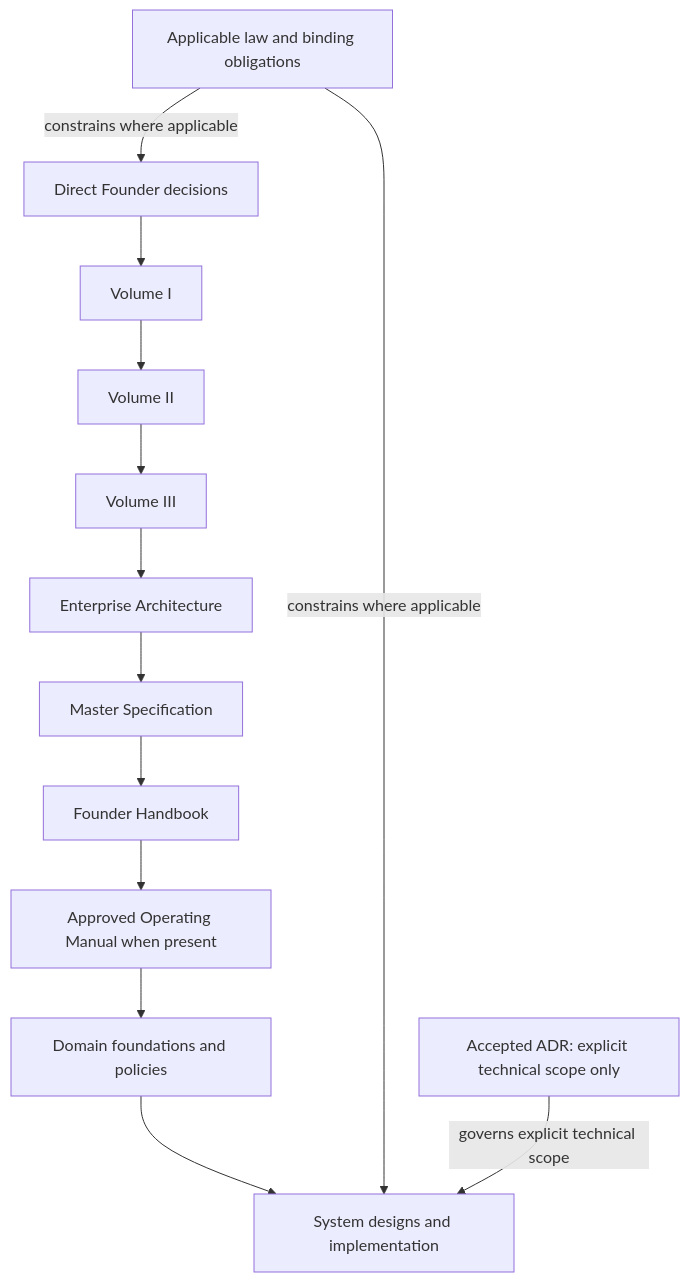
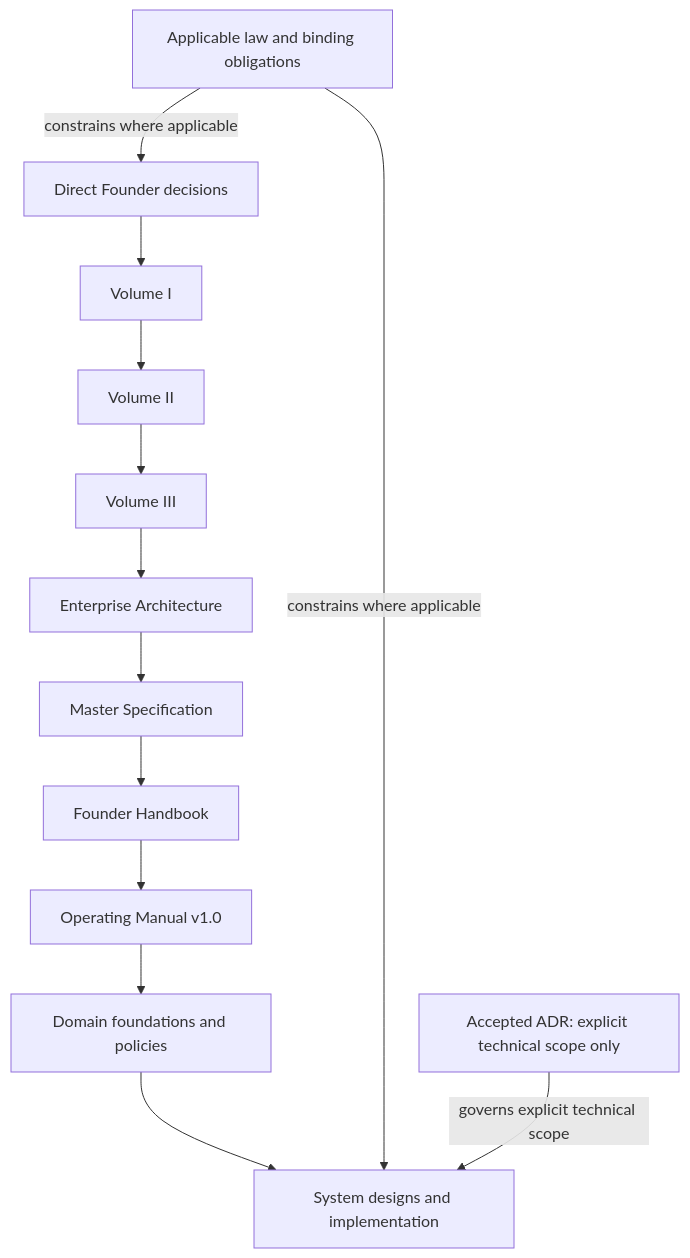
One commit to ExT-Yeredey/ysworks-web changed the diagram in docs/navigation/AUTHORITY_MAP.md. Above: the diagram before and after it, drawn with Mermaid. The commit also changed other lines of this file and 23 other files, not shown here.

Commit message:
docs: integrate YSWORKS Operating Manual v1.0

````diff
--- a/docs/navigation/AUTHORITY_MAP.md
+++ b/docs/navigation/AUTHORITY_MAP.md
@@ -27,28 +27,28 @@
 ```mermaid
 flowchart TD
     F[Direct Founder decisions]
     LAW[Applicable law and binding obligations]
     ADR[Accepted ADR: explicit technical scope only]
     V1[Volume I]
     V2[Volume II]
     V3[Volume III]
     EA[Enterprise Architecture]
     MS[Master Specification]
     FH[Founder Handbook]
-    OM[Approved Operating Manual when present]
+    OM[Operating Manual v1.0]
     DF[Domain foundations and policies]
     SD[System designs and implementation]
 
     F --> V1
     V1 --> V2
     V2 --> V3
     V3 --> EA
     EA --> MS
     MS --> FH
     FH --> OM
     OM --> DF
     DF --> SD
     LAW -->|constrains where applicable| F
     LAW -->|constrains where applicable| SD
     ADR -->|governs explicit technical scope| SD
 ```
````
